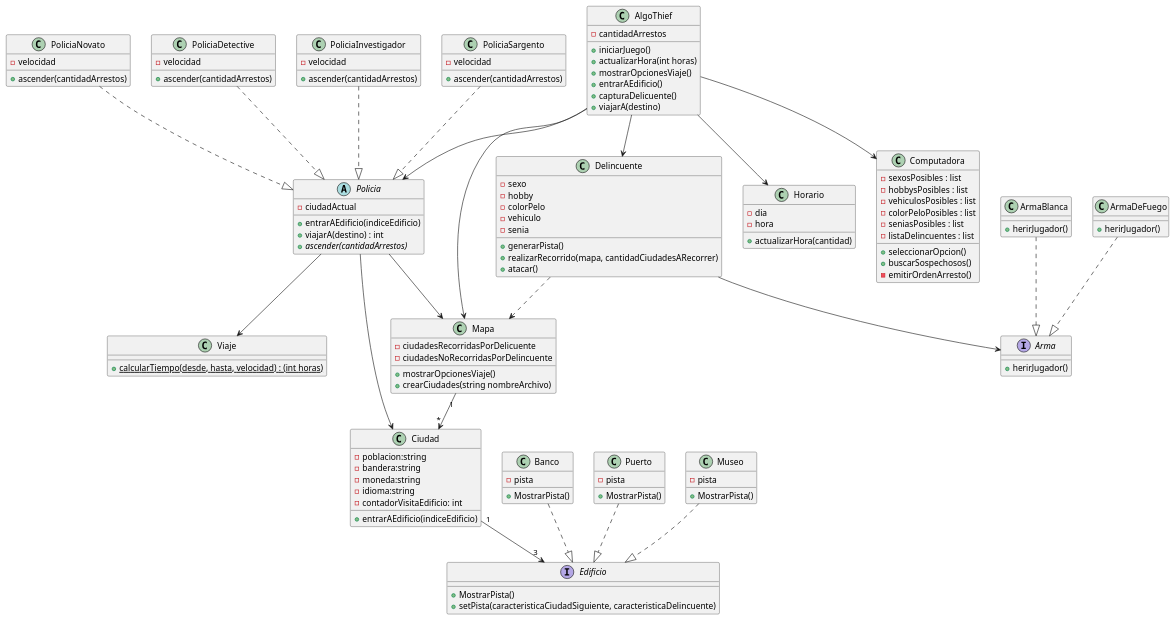
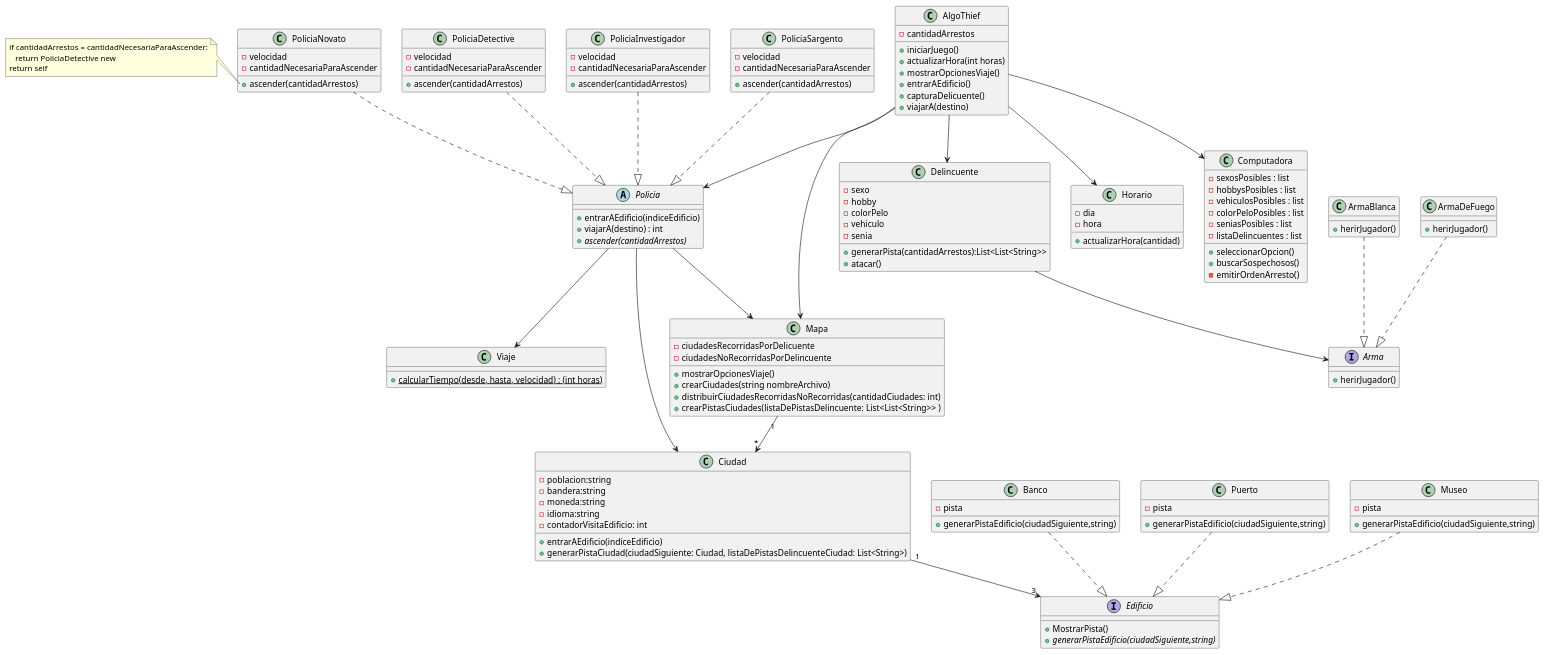
Before and after one commit to Fanusaez/TP2_algo3_algothief: the diagram in DiagramaDeClasesV2.puml, drawn with PlantUML. The commit also changed 9 other files, not shown here.

Commit message:
Cambios en dia de entrega 0 en diagramas

```diff
--- a/DiagramaDeClasesV2.puml
+++ b/DiagramaDeClasesV2.puml
@@ -20,12 +20,12 @@
 -ciudadesNoRecorridasPorDelincuente
 
 + mostrarOpcionesViaje()
-+crearCiudades(string nombreArchivo)
-
++ crearCiudades(string nombreArchivo)
++ distribuirCiudadesRecorridasNoRecorridas(cantidadCiudades: int)
++ crearPistasCiudades(listaDePistasDelincuente: List<List<String>> )
 }
 
 abstract class Policia{
-- ciudadActual
 
 
 + entrarAEdificio(indiceEdificio)
@@ -36,21 +36,25 @@
 
 class PoliciaNovato{
 -velocidad
+-cantidadNecesariaParaAscender
 +ascender(cantidadArrestos)
 }
 
 class PoliciaDetective{
 -velocidad
+-cantidadNecesariaParaAscender
 +ascender(cantidadArrestos)
 }
 
 class PoliciaInvestigador{
 -velocidad
+-cantidadNecesariaParaAscender
 +ascender(cantidadArrestos)
 }
 
 class PoliciaSargento{
 -velocidad
+-cantidadNecesariaParaAscender
 +ascender(cantidadArrestos)
 }
 
@@ -61,8 +65,7 @@
 -vehiculo
 -senia
 
-+generarPista()
-+realizarRecorrido(mapa, cantidadCiudadesARecorrer)
++generarPista(cantidadArrestos):List<List<String>>
 +atacar()
 }
 
@@ -86,6 +89,7 @@
 -contadorVisitaEdificio: int
 
 +entrarAEdificio(indiceEdificio)
++ generarPistaCiudad(ciudadSiguiente: Ciudad, listaDePistasDelincuenteCiudad: List<String>)
 }
 
 class Horario{
@@ -98,22 +102,22 @@
 interface Edificio{
 
 + MostrarPista()
-+ setPista(caracteristicaCiudadSiguiente, caracteristicaDelincuente)
++ {abstract} generarPistaEdificio(ciudadSiguiente,string)
 }
 
 class Banco{
 -pista
-+ MostrarPista()
++ generarPistaEdificio(ciudadSiguiente,string)
 }
 
 class Puerto{
 -pista
-+ MostrarPista()
++ generarPistaEdificio(ciudadSiguiente,string)
 }
 
 class Museo{
 -pista
-+ MostrarPista()
++ generarPistaEdificio(ciudadSiguiente,string)
 }
 
 class Computadora{
@@ -163,7 +167,6 @@
 PoliciaSargento ..|> Policia
 PoliciaInvestigador ..|> Policia
 
-Delincuente ..> Mapa
 Delincuente --> Arma
 
 ArmaBlanca ..|> Arma
@@ -174,13 +177,13 @@
 
 /' ********** NOTAS ********** '/
 
-/'
-note right of PoliciaNovato::ascender
+
+note left of PoliciaNovato::ascender
 if cantidadArrestos = cantidadNecesariaParaAscender:
    return PoliciaDetective new
 return self
 end note
-'/
+
 
 
 /'note right of Delincuente
```
